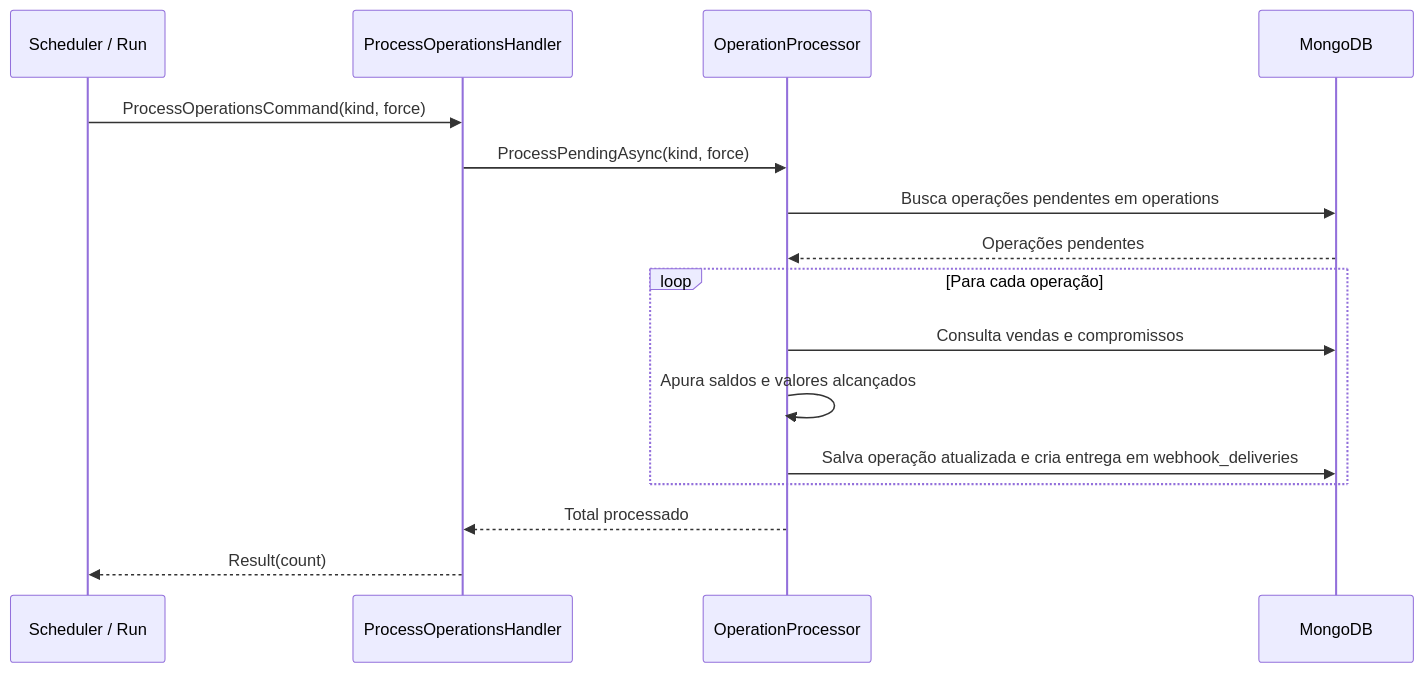
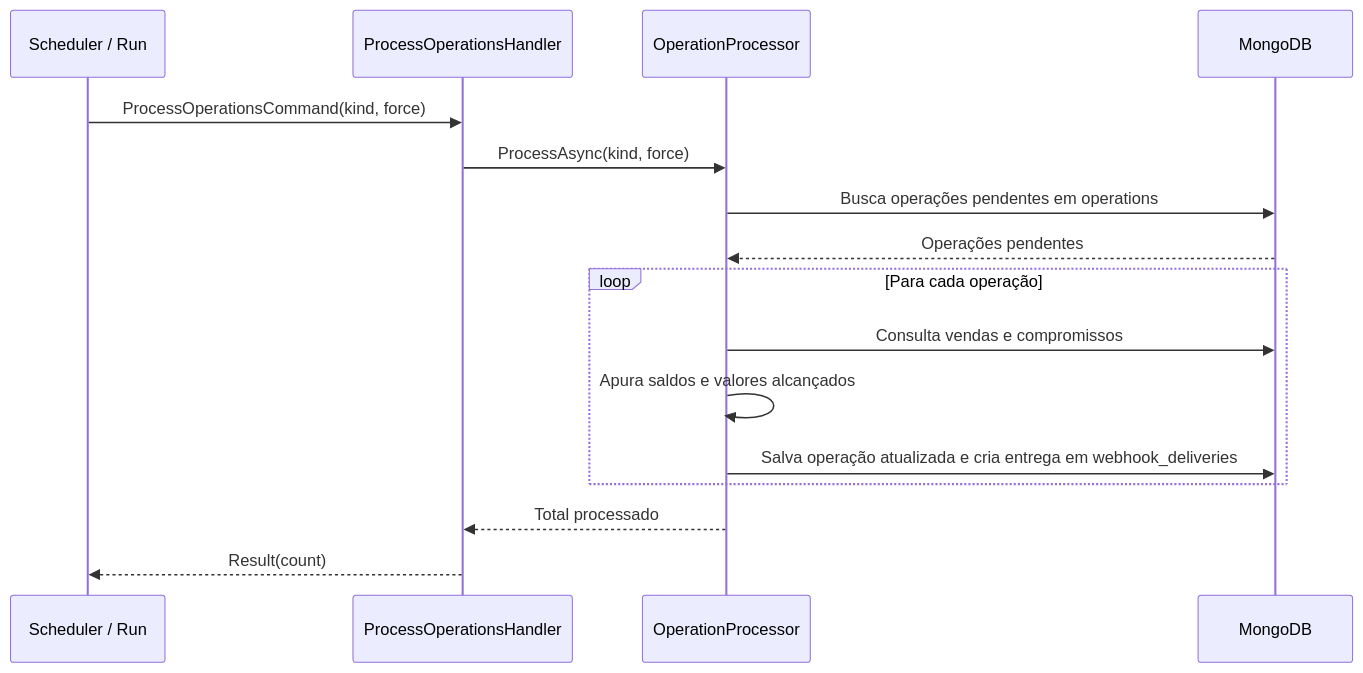
The diagram in docs/handlers/ProcessOperationsHandler.md (Marcus-V-Freitas/MVFC.Veragi.Simulator), drawn with Mermaid before and after one commit. The commit also changed other lines of this file and 5 other files, not shown here.

````diff
--- a/docs/handlers/ProcessOperationsHandler.md
+++ b/docs/handlers/ProcessOperationsHandler.md
@@ -17,18 +27,18 @@
 ```mermaid
 sequenceDiagram
     participant S as Scheduler / Run
     participant H as ProcessOperationsHandler
     participant P as OperationProcessor
     participant M as MongoDB
     S->>H: ProcessOperationsCommand(kind, force)
-    H->>P: ProcessPendingAsync(kind, force)
+    H->>P: ProcessAsync(kind, force)
     P->>M: Busca operações pendentes em operations
     M-->>P: Operações pendentes
     loop Para cada operação
         P->>M: Consulta vendas e compromissos
         P->>P: Apura saldos e valores alcançados
         P->>M: Salva operação atualizada e cria entrega em webhook_deliveries
     end
     P-->>H: Total processado
     H-->>S: Result(count)
 ```
````
